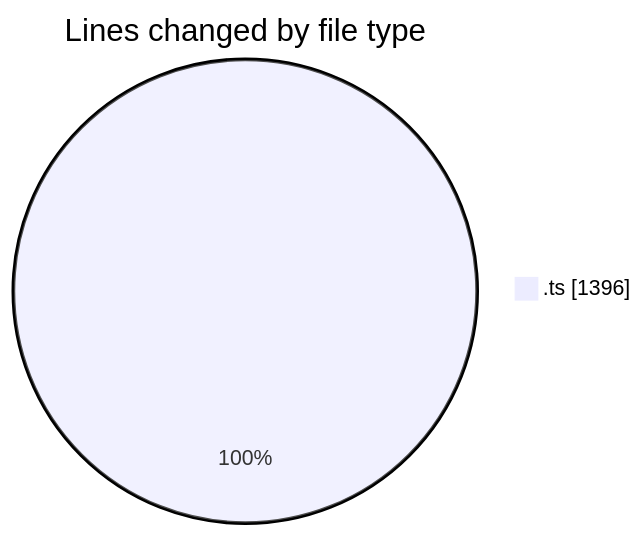
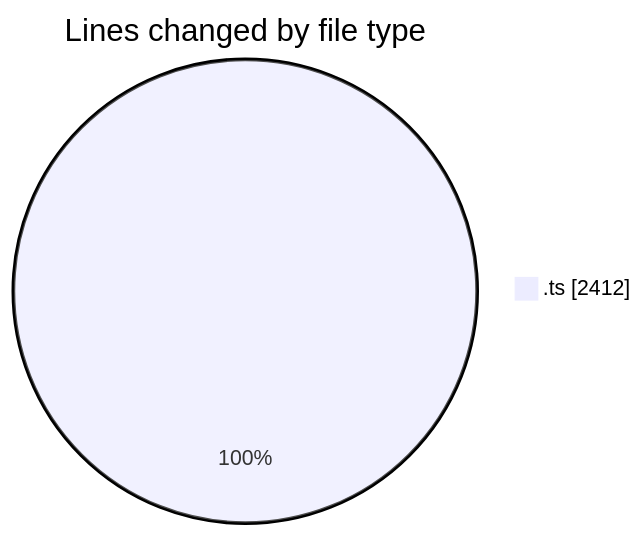
One commit to tmsrecording-cyber/code-tracking changed the first of 2 diagrams in 2026-02-07/singularitybrainai/README.md. Above: the diagram before and after it, drawn with Mermaid. The commit also changed other lines of this file and 1 other file, not shown here.

````diff
--- a/2026-02-07/singularitybrainai/README.md
+++ b/2026-02-07/singularitybrainai/README.md
@@ -22,5 +23,5 @@
 ```mermaid
 pie showData
 title Lines changed by file type
-".ts" : 1396
+".ts" : 2412
 ```
````
